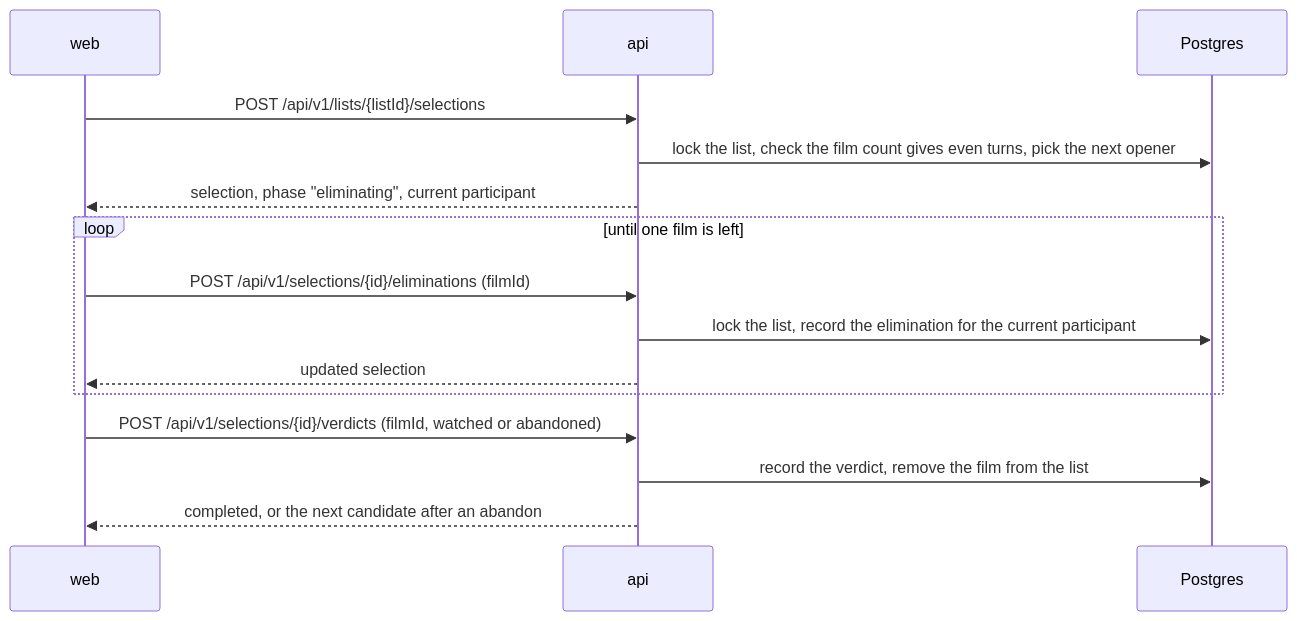
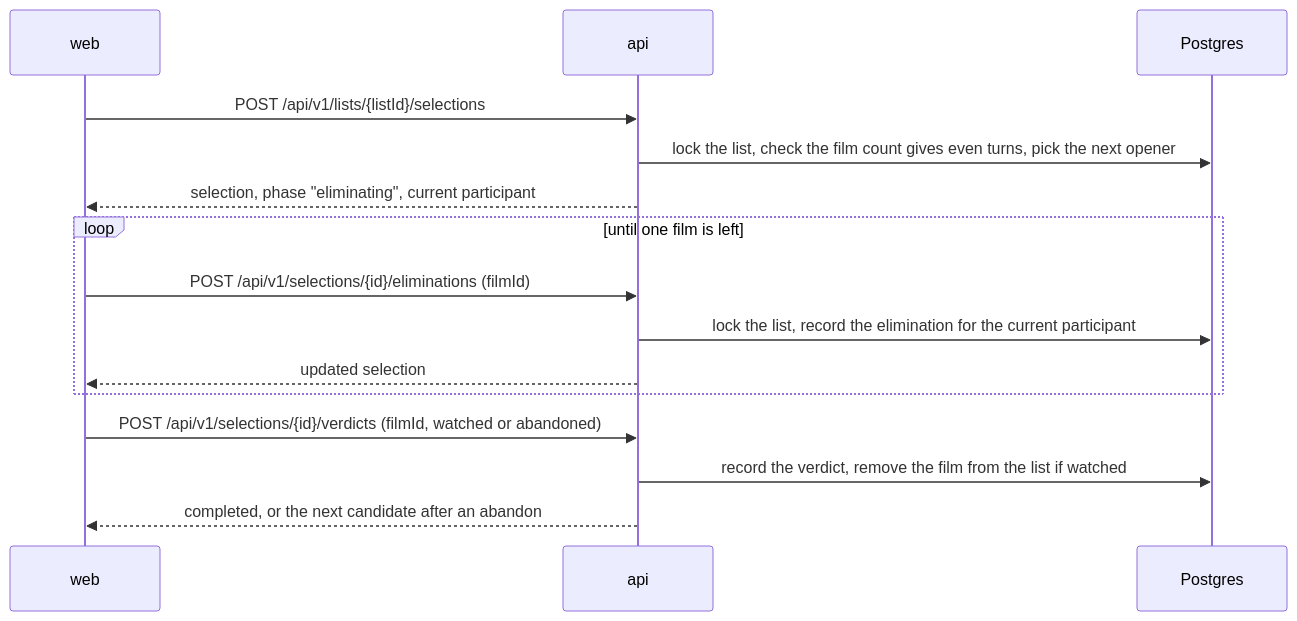
One commit to leroyguillaume/cinelist changed the second of 3 diagrams in ARCHITECTURE.md. Above: the diagram before and after it, drawn with Mermaid. The commit also changed 2 other files, not shown here.

Commit message:
api: keep abandoned films in the list (#42)

````diff
--- a/ARCHITECTURE.md
+++ b/ARCHITECTURE.md
@@ -90,17 +90,17 @@
 ```mermaid
 sequenceDiagram
     participant front as web
     participant api as api
     participant db as Postgres
     front->>api: POST /api/v1/lists/{listId}/selections
     api->>db: lock the list, check the film count gives even turns, pick the next opener
     api-->>front: selection, phase "eliminating", current participant
     loop until one film is left
         front->>api: POST /api/v1/selections/{id}/eliminations (filmId)
         api->>db: lock the list, record the elimination for the current participant
         api-->>front: updated selection
     end
     front->>api: POST /api/v1/selections/{id}/verdicts (filmId, watched or abandoned)
-    api->>db: record the verdict, remove the film from the list
+    api->>db: record the verdict, remove the film from the list if watched
     api-->>front: completed, or the next candidate after an abandon
 ```
````
